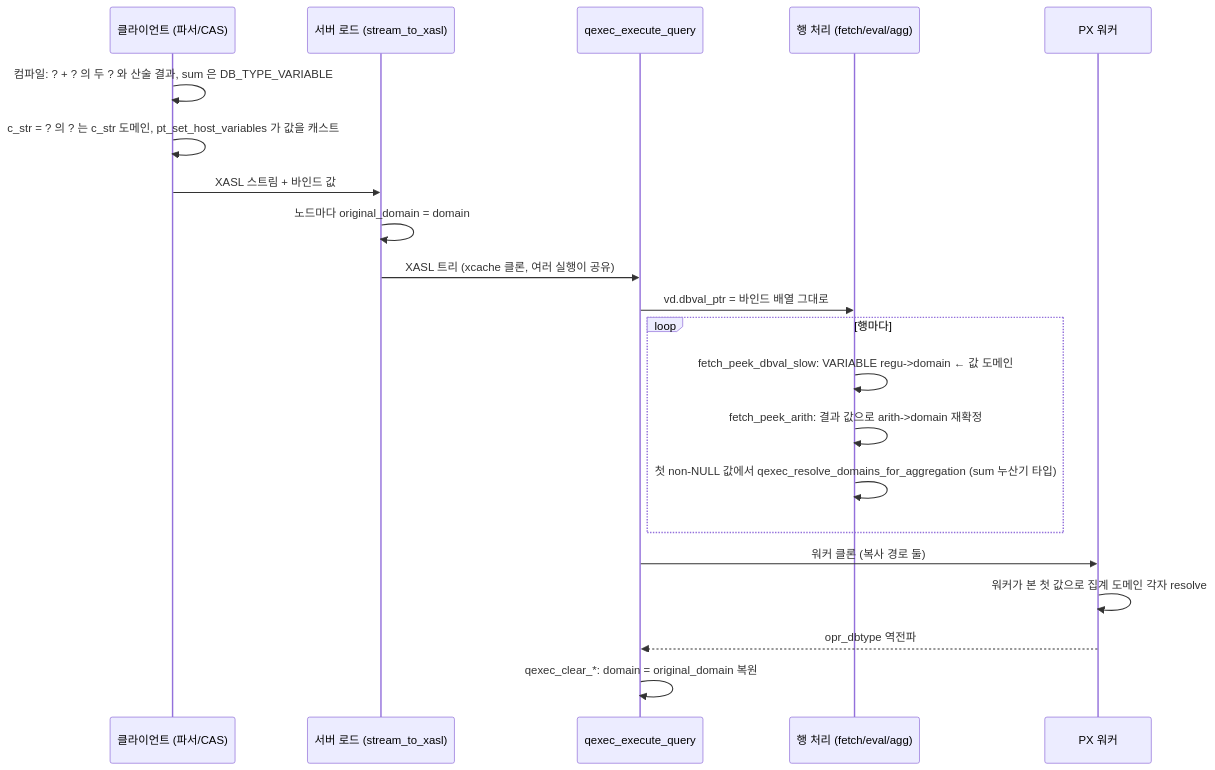
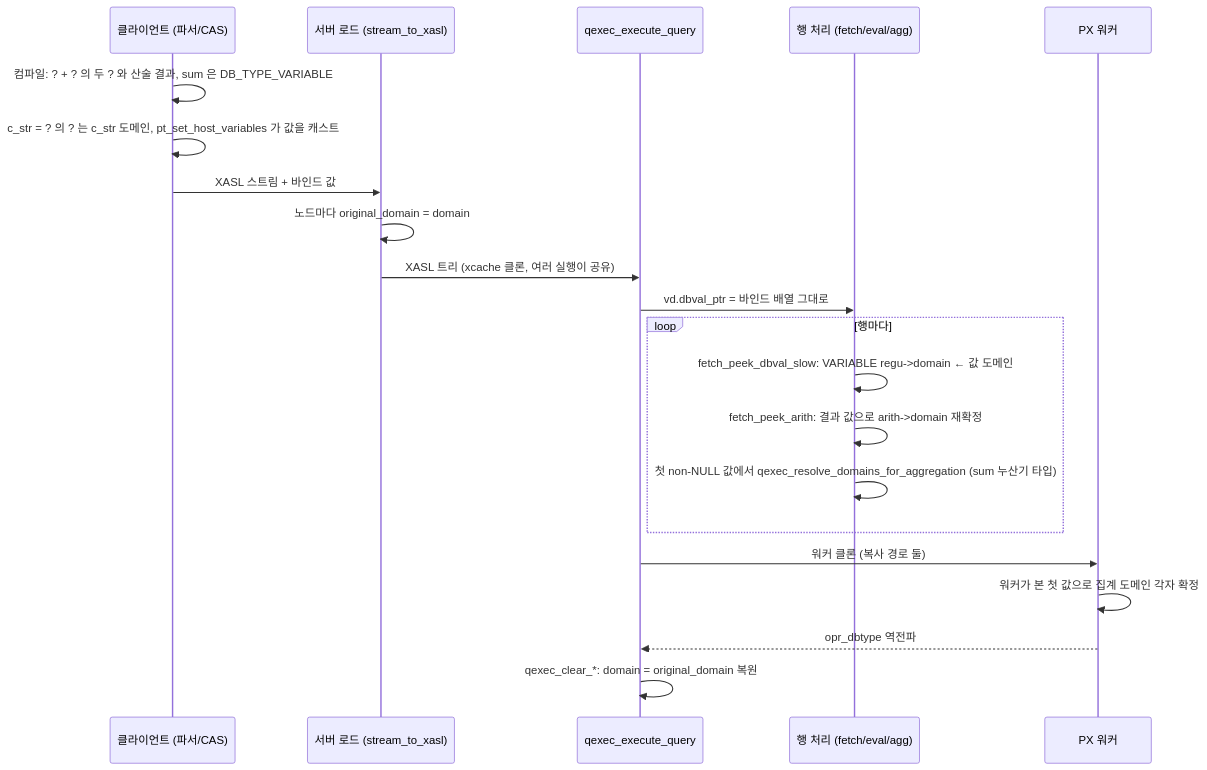
The third of 20 diagrams in docs/research/pr8022-architecture-diagrams.md (xmilex-git/workspace), drawn with Mermaid before and after one commit. The commit also changed other lines of this file, not shown here.

First line of the commit message:
docs: PR 8022 diagrams in the CONTEXT.md vocabulary

````diff
--- a/docs/research/pr8022-architecture-diagrams.md
+++ b/docs/research/pr8022-architecture-diagrams.md
@@ -75,23 +75,23 @@
 ```mermaid
 sequenceDiagram
   participant CL as 클라이언트 (파서/CAS)
   participant LD as 서버 로드 (stream_to_xasl)
   participant EX as qexec_execute_query
   participant ROW as 행 처리 (fetch/eval/agg)
   participant PX as PX 워커
   CL->>CL: 컴파일: ? + ? 의 두 ? 와 산술 결과, sum 은 DB_TYPE_VARIABLE
   CL->>CL: c_str = ? 의 ? 는 c_str 도메인, pt_set_host_variables 가 값을 캐스트
   CL->>LD: XASL 스트림 + 바인드 값
   LD->>LD: 노드마다 original_domain = domain
   LD->>EX: XASL 트리 (xcache 클론, 여러 실행이 공유)
   EX->>ROW: vd.dbval_ptr = 바인드 배열 그대로
   loop 행마다
     ROW->>ROW: fetch_peek_dbval_slow: VARIABLE regu->domain ← 값 도메인
     ROW->>ROW: fetch_peek_arith: 결과 값으로 arith->domain 재확정
     ROW->>ROW: 첫 non-NULL 값에서 qexec_resolve_domains_for_aggregation (sum 누산기 타입)
   end
   EX->>PX: 워커 클론 (복사 경로 둘)
-  PX->>PX: 워커가 본 첫 값으로 집계 도메인 각자 resolve
+  PX->>PX: 워커가 본 첫 값으로 집계 도메인 각자 확정
   PX-->>EX: opr_dbtype 역전파
   EX->>EX: qexec_clear_*: domain = original_domain 복원
 ```
````
